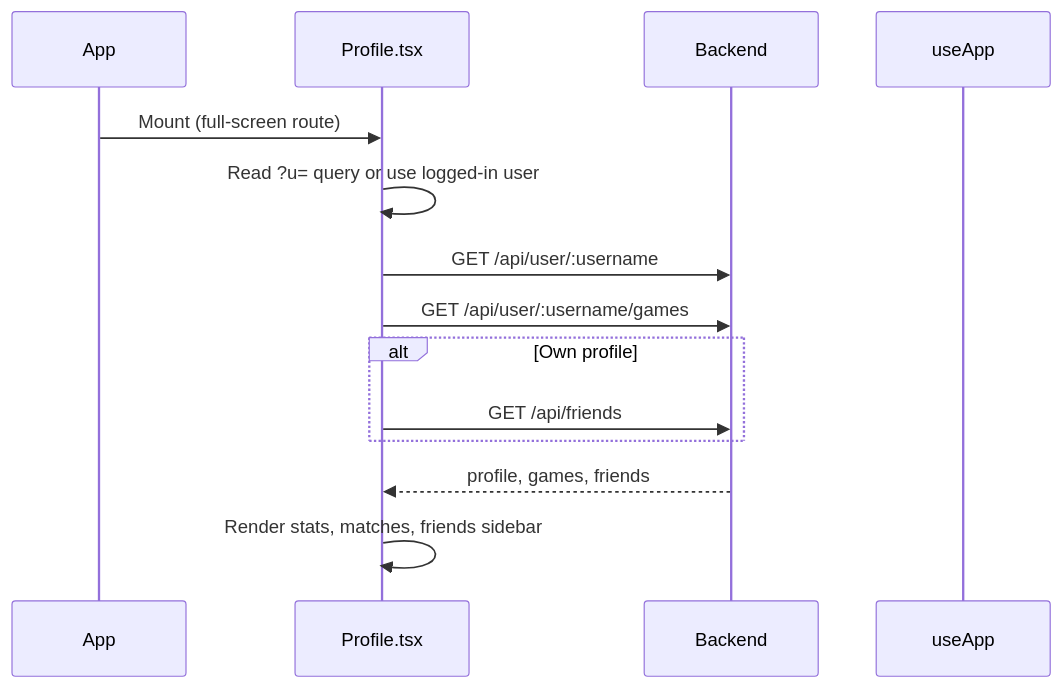
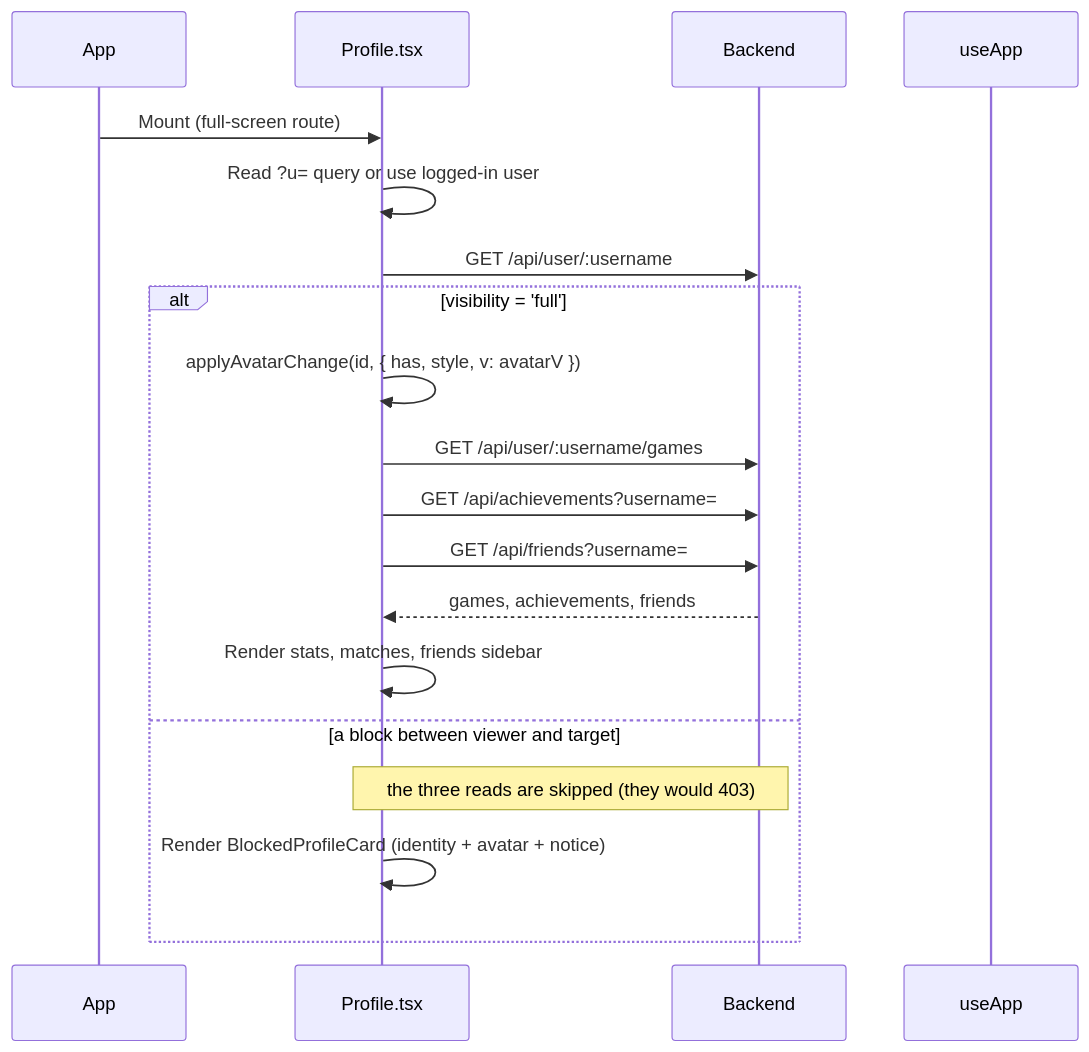
One commit to IrmaJoKerr/ft_transcendence-ludo changed the first of 2 diagrams in docs/frontend/frontend-profile-module.md. Above: the diagram before and after it, drawn with Mermaid. The commit also changed other lines of this file and 22 other files, not shown here.

First line of the commit message:
fix(friends): gate profile reads on the friendship pair.

````diff
--- a/docs/frontend/frontend-profile-module.md
+++ b/docs/frontend/frontend-profile-module.md
@@ -123,17 +141,22 @@
 ```mermaid
 sequenceDiagram
     participant App
     participant Profile as Profile.tsx
     participant API as Backend
     participant Store as useApp
 
     App->>Profile: Mount (full-screen route)
     Profile->>Profile: Read ?u= query or use logged-in user
     Profile->>API: GET /api/user/:username
-    Profile->>API: GET /api/user/:username/games
-    alt Own profile
-        Profile->>API: GET /api/friends
+    alt visibility = 'full'
+        Profile->>Profile: applyAvatarChange(id, { has, style, v: avatarV })
+        Profile->>API: GET /api/user/:username/games
+        Profile->>API: GET /api/achievements?username=
+        Profile->>API: GET /api/friends?username=
+        API-->>Profile: games, achievements, friends
+        Profile->>Profile: Render stats, matches, friends sidebar
+    else a block between viewer and target
+        Note over Profile,API: the three reads are skipped (they would 403)
+        Profile->>Profile: Render BlockedProfileCard (identity + avatar + notice)
     end
-    API-->>Profile: profile, games, friends
-    Profile->>Profile: Render stats, matches, friends sidebar
 ```
````
